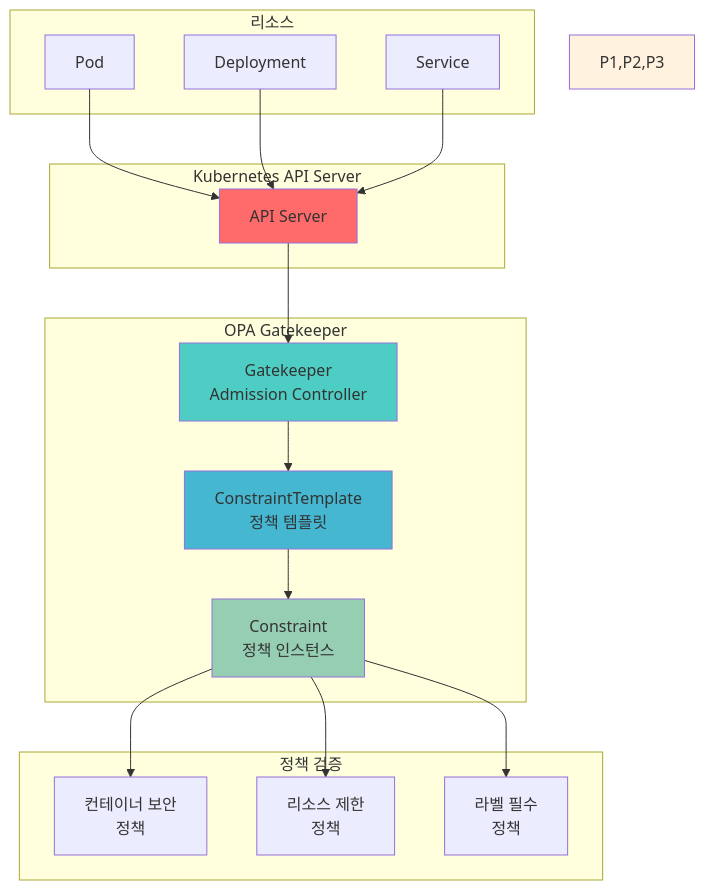
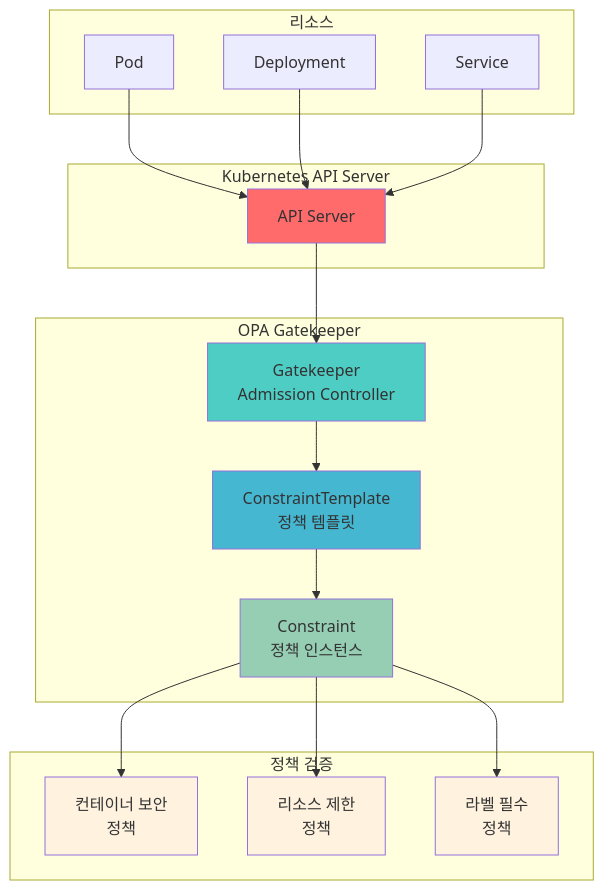
One commit to niceguy61/kdt_devops_lecture_2025 changed the diagram in theory/week_04/day3/handson_1.md. Above: the diagram before and after it, drawn with Mermaid. The commit also changed other lines of this file, not shown here.

````diff
--- a/theory/week_04/day3/handson_1.md
+++ b/theory/week_04/day3/handson_1.md
@@ -39,42 +39,44 @@
 ```mermaid
 graph TB
     subgraph "Kubernetes API Server"
         API[API Server]
     end
     
     subgraph "OPA Gatekeeper"
         GK[Gatekeeper<br/>Admission Controller]
         CT[ConstraintTemplate<br/>정책 템플릿]
         C[Constraint<br/>정책 인스턴스]
     end
     
     subgraph "정책 검증"
         P1[컨테이너 보안<br/>정책]
         P2[리소스 제한<br/>정책]
         P3[라벨 필수<br/>정책]
     end
     
     subgraph "리소스"
         POD[Pod]
         DEP[Deployment]
         SVC[Service]
     end
     
     POD --> API
     DEP --> API
     SVC --> API
     
     API --> GK
     GK --> CT
     CT --> C
     
     C --> P1
     C --> P2
     C --> P3
     
     style API fill:#ff6b6b
     style GK fill:#4ecdc4
     style CT fill:#45b7d1
     style C fill:#96ceb4
-    style P1,P2,P3 fill:#fff3e0
+    style P1 fill:#fff3e0
+    style P2 fill:#fff3e0
+    style P3 fill:#fff3e0
 ```
````
